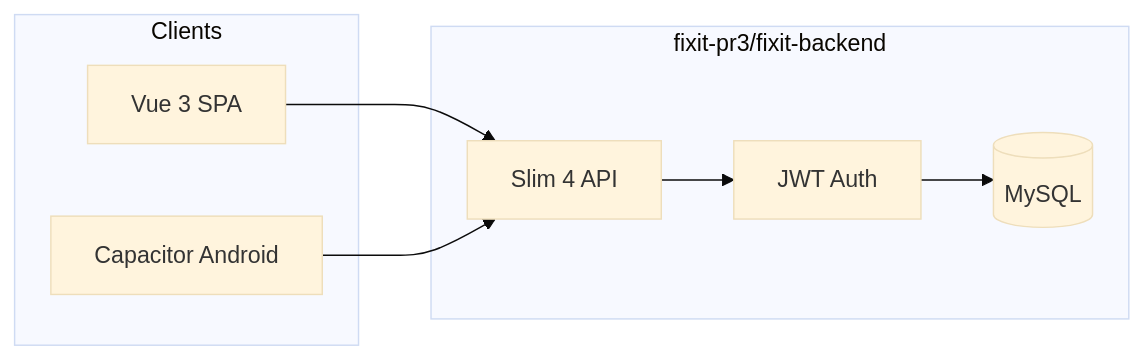
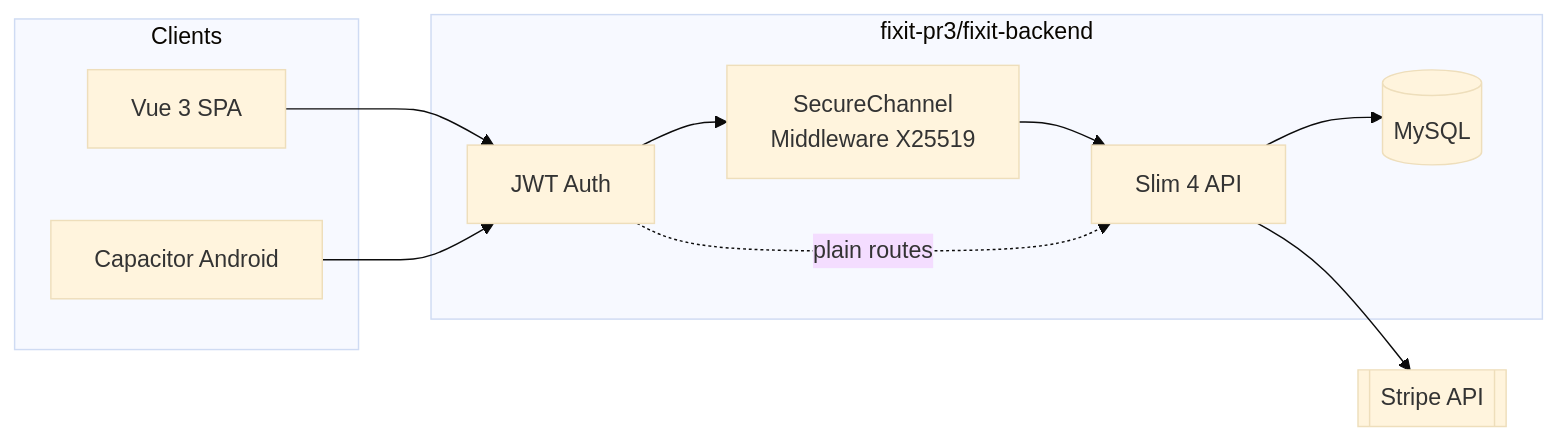
One commit to OLGTX303/fixit changed the diagram in README.md. Above: the diagram before and after it, drawn with Mermaid (base theme). The commit also changed other lines of this file and 1 other file, not shown here.

First line of the commit message:
docs: update READMEs with live URL, order history, and encrypted-channel scope

````diff
--- a/README.md
+++ b/README.md
@@ -123,16 +128,21 @@
 ```mermaid
 flowchart LR
   subgraph clients [Clients]
     Web[Vue 3 SPA]
     Android[Capacitor Android]
   end
   subgraph api [fixit-pr3/fixit-backend]
+    JWT[JWT Auth]
+    SCM[SecureChannel<br/>Middleware X25519]
     Slim[Slim 4 API]
-    JWT[JWT Auth]
     MySQL[(MySQL)]
   end
-  Web --> Slim
-  Android --> Slim
-  Slim --> JWT
-  JWT --> MySQL
+  Stripe[[Stripe API]]
+  Web --> JWT
+  Android --> JWT
+  JWT --> SCM
+  SCM --> Slim
+  JWT -.plain routes.-> Slim
+  Slim --> MySQL
+  Slim --> Stripe
 ```
````
